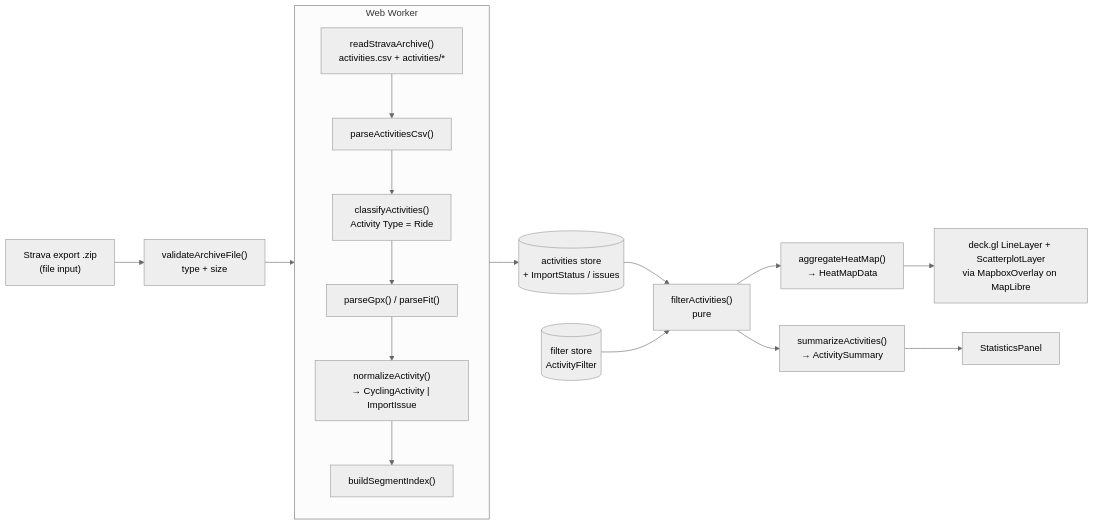
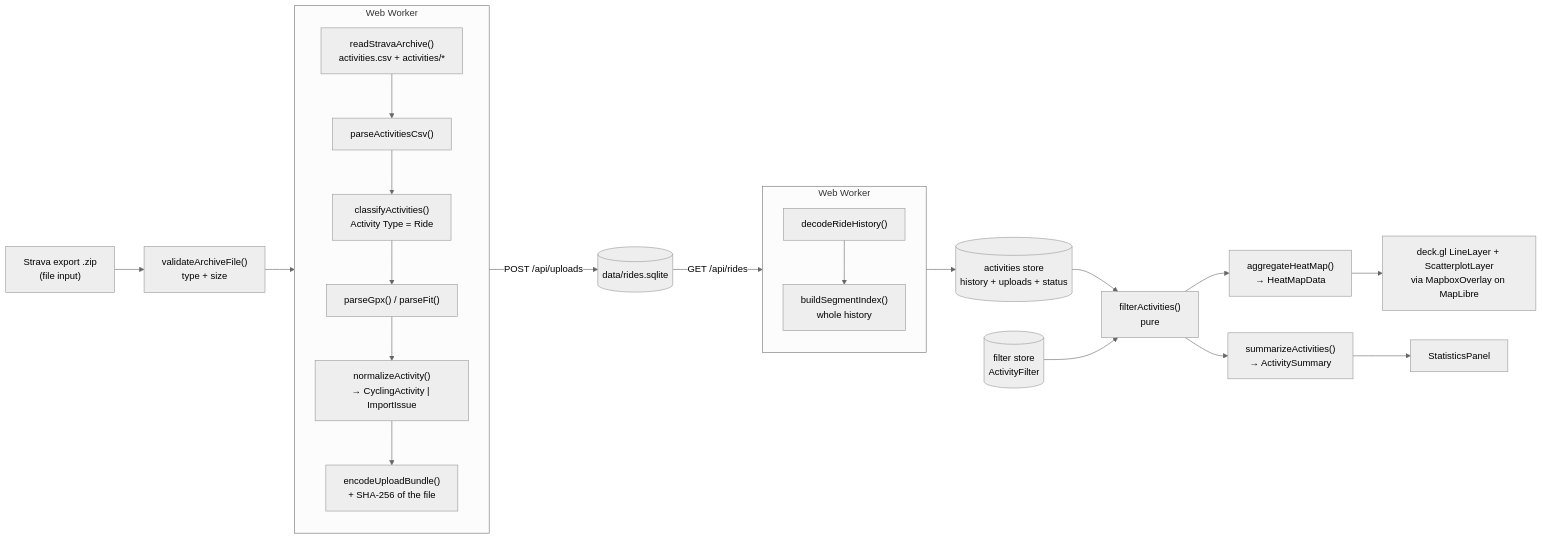
Before and after one commit to dilshandbg/pedal-paths: the second of 3 diagrams in docs/architecture.md, drawn with Mermaid (neutral theme). The commit also changed other lines of this file and 41 other files, not shown here.

First line of the commit message:
feat: cumulative, stored ride history in the app (BR-16, BR-18, BR-33, BR-37)

````diff
--- a/docs/architecture.md
+++ b/docs/architecture.md
@@ -113,19 +114,24 @@
 ```mermaid
 flowchart LR
     Z["Strava export .zip<br/>(file input)"] --> V["validateArchiveFile()<br/>type + size"]
     V --> W
     subgraph W["Web Worker"]
         R["readStravaArchive()<br/>activities.csv + activities/*"] --> C["parseActivitiesCsv()"]
         C --> K["classifyActivities()<br/>Activity Type = Ride"]
         K --> G["parseGpx() / parseFit()"]
         G --> N["normalizeActivity()<br/>→ CyclingActivity | ImportIssue"]
-        N --> SEG["buildSegmentIndex()"]
+        N --> B["encodeUploadBundle()<br/>+ SHA-256 of the file"]
     end
-    W --> S[("activities store<br/>+ ImportStatus / issues")]
+    W -- "POST /api/uploads" --> DB[("data/rides.sqlite")]
+    DB -- "GET /api/rides" --> R2
+    subgraph R2["Web Worker"]
+        D["decodeRideHistory()"] --> SEG["buildSegmentIndex()<br/>whole history"]
+    end
+    R2 --> S[("activities store<br/>history + uploads + status")]
     S --> FL["filterActivities()<br/>pure"]
     FS[("filter store<br/>ActivityFilter")] --> FL
     FL --> H["aggregateHeatMap()<br/>→ HeatMapData"]
     FL --> ST["summarizeActivities()<br/>→ ActivitySummary"]
     H --> L["deck.gl LineLayer + ScatterplotLayer<br/>via MapboxOverlay on MapLibre"]
     ST --> SP["StatisticsPanel"]
 ```
````
